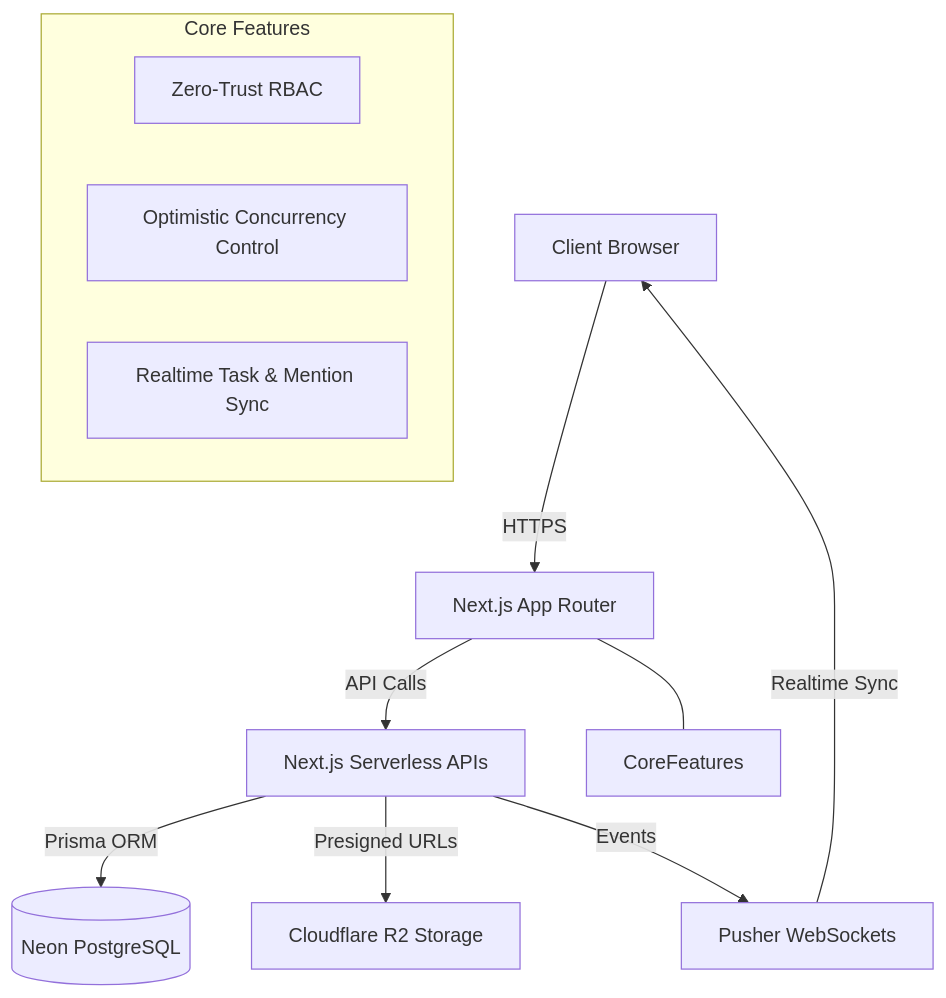
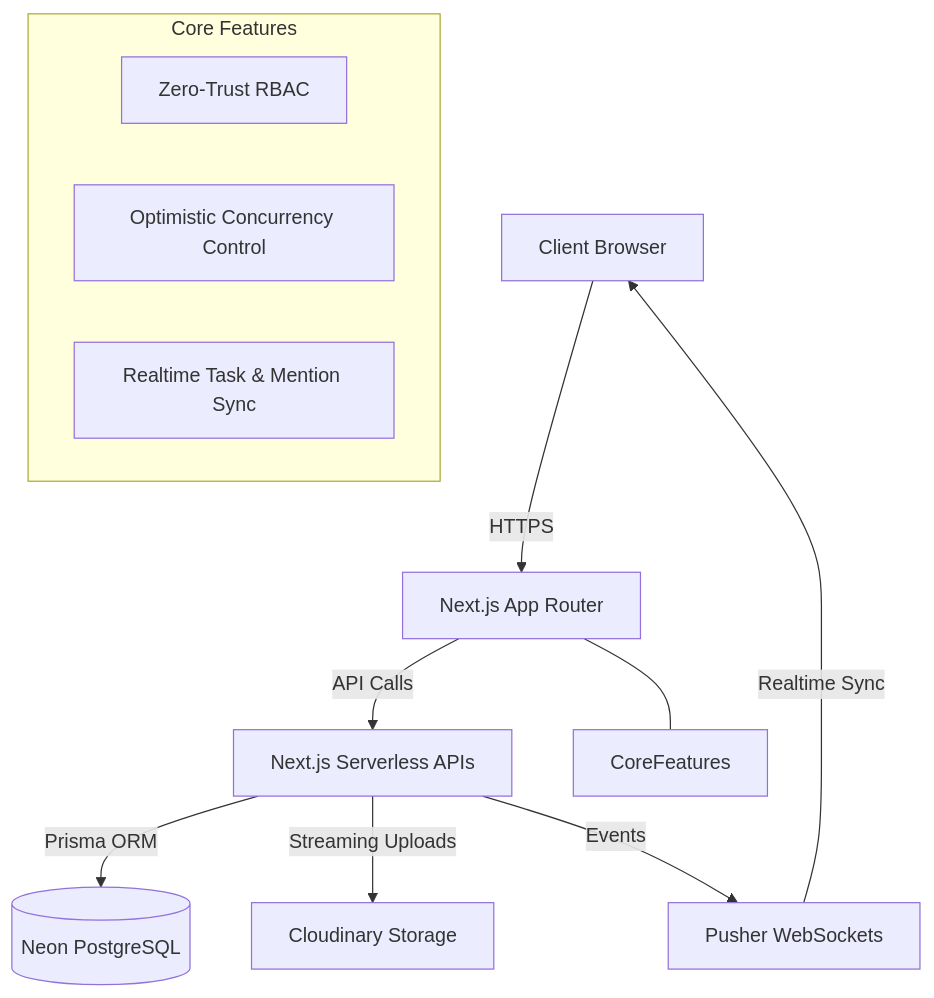
The diagram in synchro/README.md (Sumitjaiswal4839/Task_Managemnt-), drawn with Mermaid before and after one commit. The commit also changed other lines of this file and 3 other files, not shown here.

````diff
--- a/synchro/README.md
+++ b/synchro/README.md
@@ -19,17 +27,17 @@
 ```mermaid
 graph TD
     Client[Client Browser] -->|HTTPS| NextJS[Next.js App Router]
     NextJS -->|API Calls| APIRoutes[Next.js Serverless APIs]
     APIRoutes -->|Prisma ORM| DB[(Neon PostgreSQL)]
-    APIRoutes -->|Presigned URLs| Storage[Cloudflare R2 Storage]
+    APIRoutes -->|Streaming Uploads| Storage[Cloudinary Storage]
     APIRoutes -->|Events| Pusher[Pusher WebSockets]
     Pusher -->|Realtime Sync| Client
     
     subgraph Core Features
     A[Zero-Trust RBAC]
     B[Optimistic Concurrency Control]
     C[Realtime Task & Mention Sync]
     end
     
     NextJS --- CoreFeatures
 ```
````
